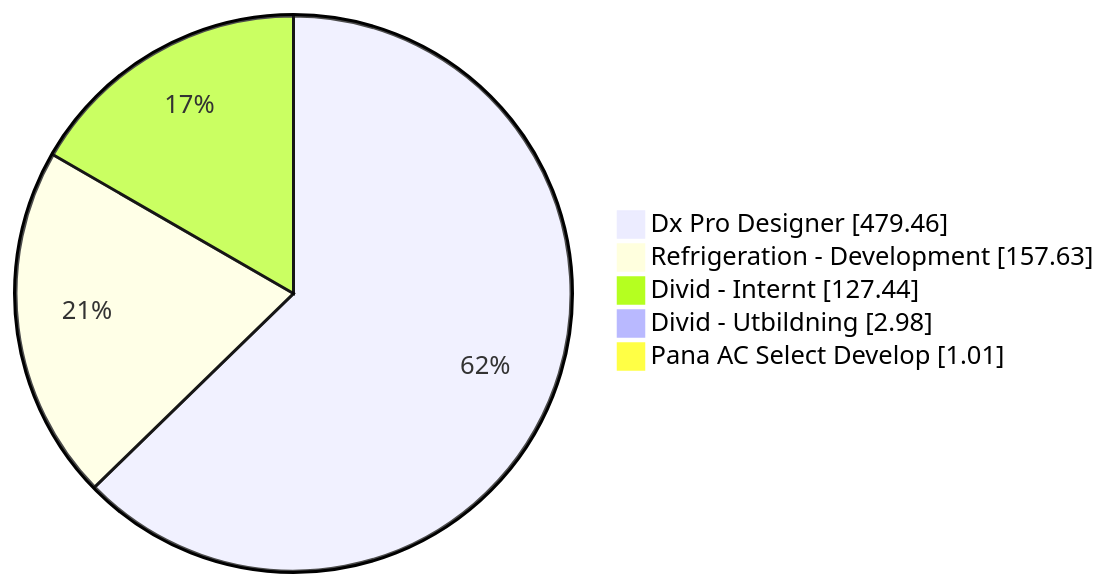
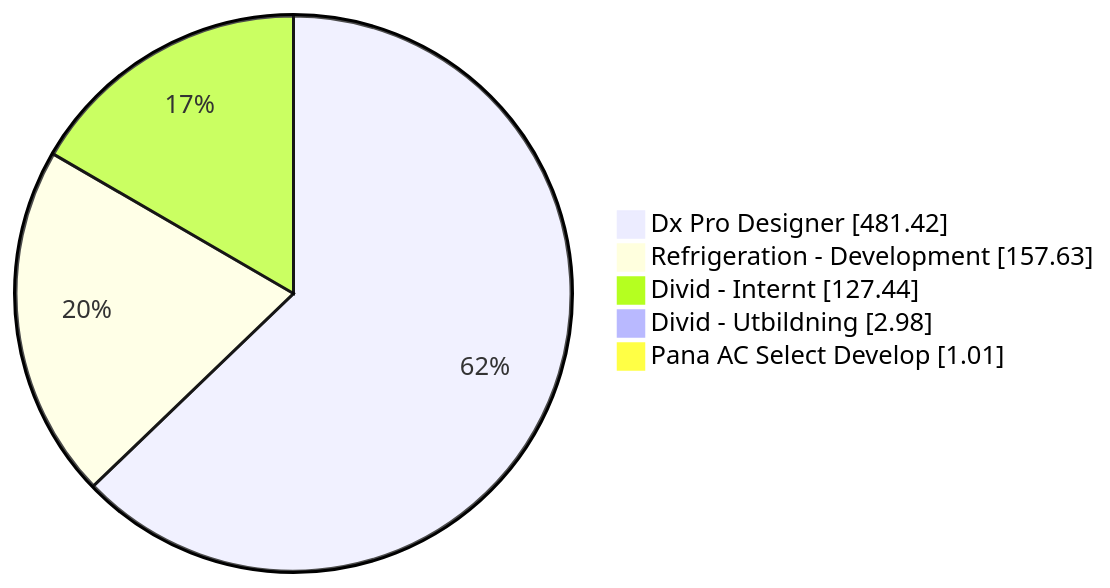
Before and after one commit to albinforsberg-netizen/timeclock: the first of 5 diagrams in README.org, drawn with Mermaid. The commit also changed other lines of this file, not shown here.

```diff
--- a/README.org
+++ b/README.org
@@ -32,8 +32,8 @@
 #+begin_src mermaid
 pie showData
-    "Dx Pro Designer" : 479.46
+    "Dx Pro Designer" : 481.42
     "Refrigeration - Development" : 157.63
     "Divid - Internt" : 127.44
     "Divid - Utbildning" : 2.98
     "Pana AC Select Develop" : 1.01
 #+end_src
```
